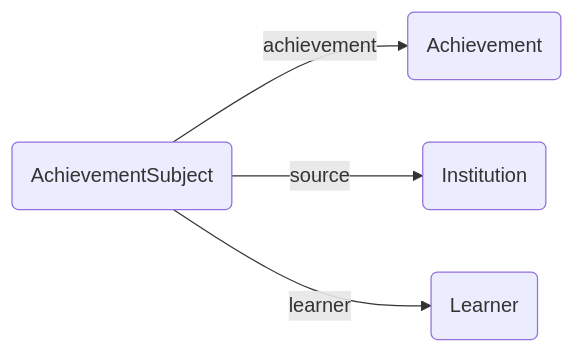
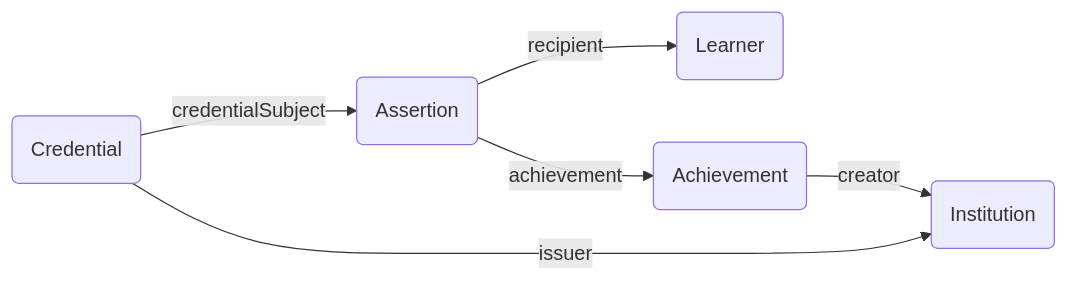
The diagram in README.md (fluree/dataset-academic-credentials), drawn with Mermaid before and after one commit. The commit also changed 3 other files, not shown here.

Commit message:
Update to the ACD schema and associated changes to the dataset. Also tweaked the diagram in the readme

````diff
--- a/README.md
+++ b/README.md
@@ -7,6 +7,8 @@
 ```mermaid
 graph LR
-  as(AchievementSubject) -->|achievement| a(Achievement)
-  as -->|source| inst(Institution)
-  as -->|learner| l(Learner)
+  as(Assertion) -->|recipient| r(Learner)
+  as -->|achievement| ac(Achievement)
+  ac -->|creator| inst(Institution)
+  c(Credential) -->|credentialSubject| as
+  c -->|issuer| inst
 ```
````
